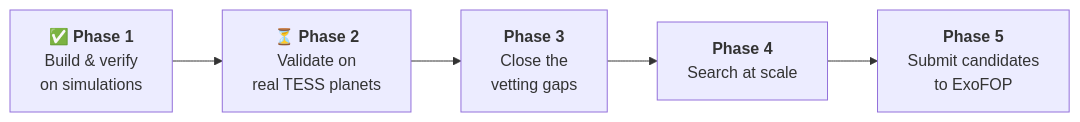
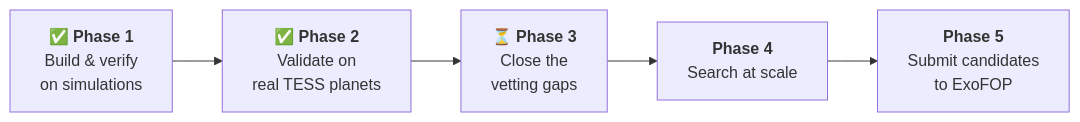
The second of 3 diagrams in README.md (Comdex4/tess-transit-hunter), drawn with Mermaid before and after one commit. The commit also changed other lines of this file and 6 other files, not shown here.

````diff
--- a/README.md
+++ b/README.md
@@ -719,7 +722,7 @@
 ```mermaid
 flowchart LR
-    P1["✅ <b>Phase 1</b><br/>Build & verify<br/>on simulations"] --> P2["⏳ <b>Phase 2</b><br/>Validate on<br/>real TESS planets"]
-    P2 --> P3["<b>Phase 3</b><br/>Close the<br/>vetting gaps"]
+    P1["✅ <b>Phase 1</b><br/>Build & verify<br/>on simulations"] --> P2["✅ <b>Phase 2</b><br/>Validate on<br/>real TESS planets"]
+    P2 --> P3["⏳ <b>Phase 3</b><br/>Close the<br/>vetting gaps"]
     P3 --> P4["<b>Phase 4</b><br/>Search at scale"]
     P4 --> P5["<b>Phase 5</b><br/>Submit candidates<br/>to ExoFOP"]
 ```
````
